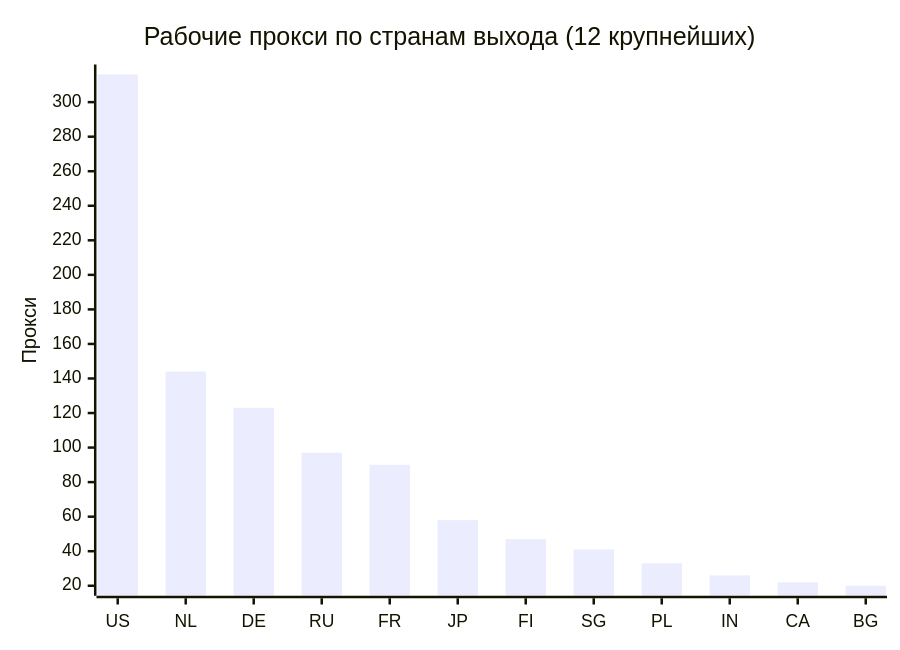
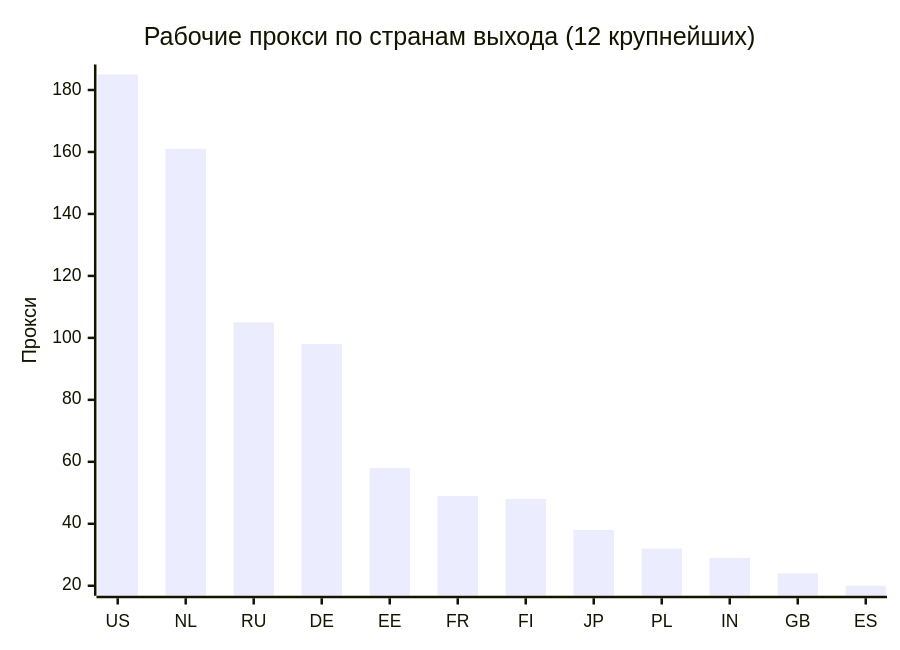
One commit to rvvg/proxy-subs changed the second of 4 diagrams in README.md. Above: the diagram before and after it, drawn with Mermaid. The commit also changed other lines of this file and 56 other files, not shown here.

````diff
--- a/README.md
+++ b/README.md
@@ -133,7 +136,7 @@
 ```mermaid
 xychart-beta
     title "Рабочие прокси по странам выхода (12 крупнейших)"
-    x-axis ["US", "NL", "DE", "RU", "FR", "JP", "FI", "SG", "PL", "IN", "CA", "BG"]
+    x-axis ["US", "NL", "RU", "DE", "EE", "FR", "FI", "JP", "PL", "IN", "GB", "ES"]
     y-axis "Прокси"
-    bar [316, 144, 123, 97, 90, 58, 47, 41, 33, 26, 22, 20]
+    bar [185, 161, 105, 98, 58, 49, 48, 38, 32, 29, 24, 20]
 ```
````
